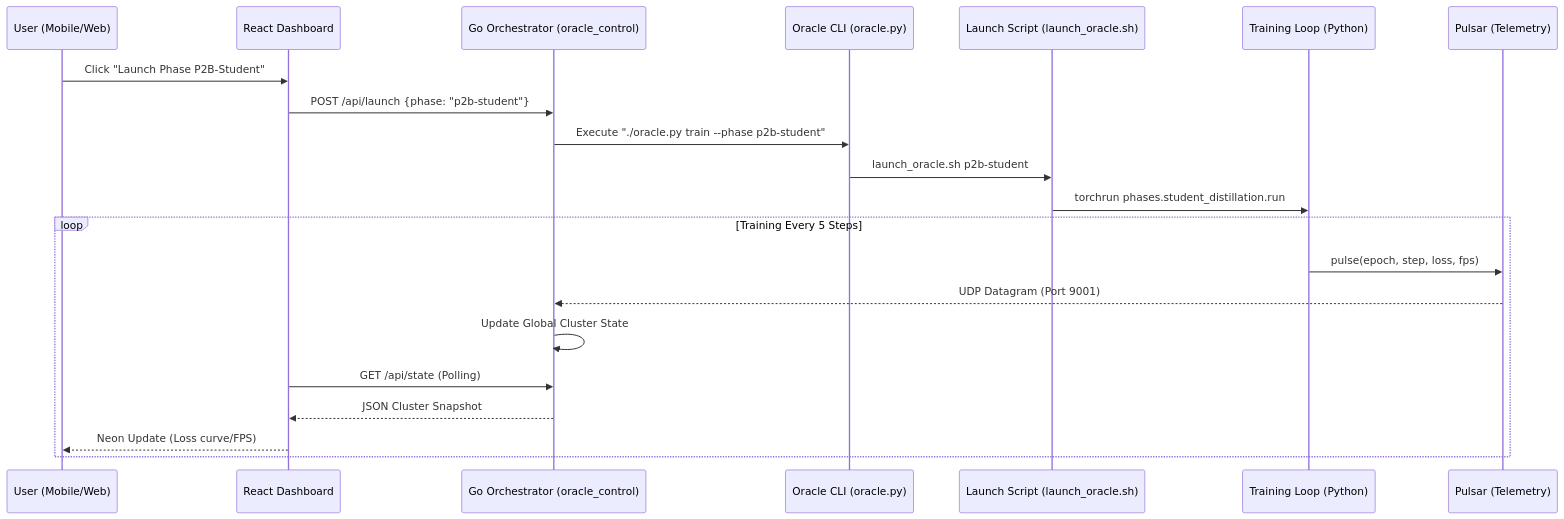
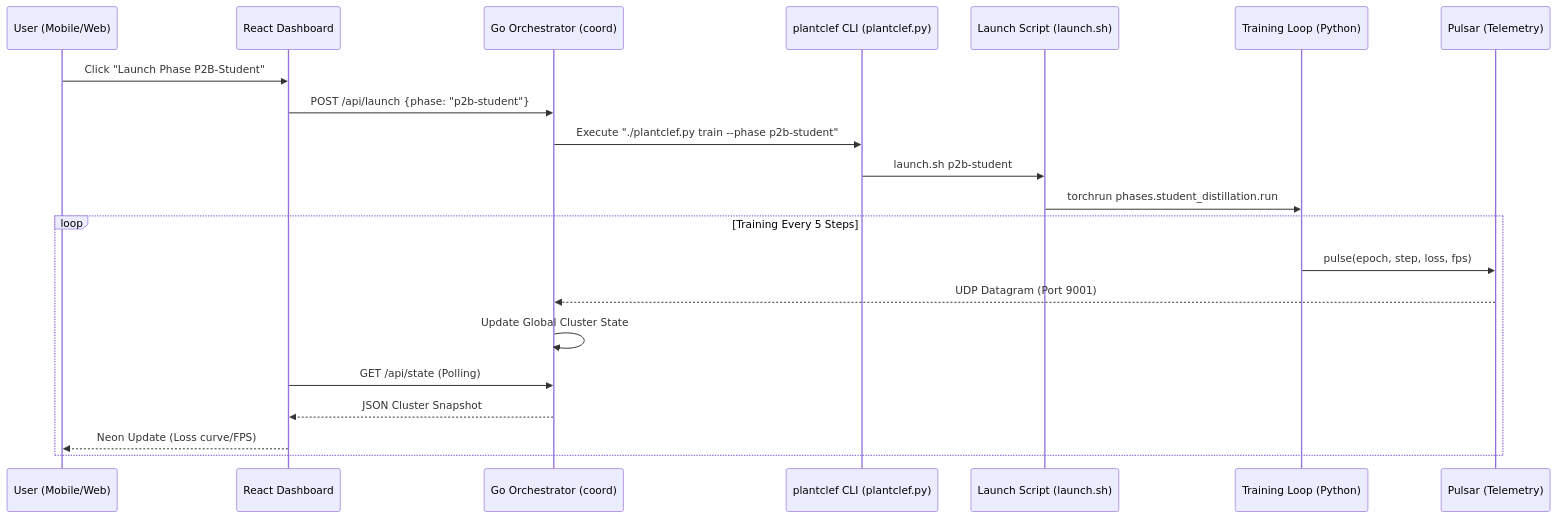
The second of 2 diagrams in docs/ARCHITECTURE_UML.md (razeenwasif/plantclef), drawn with Mermaid before and after one commit. The commit also changed other lines of this file and 938 other files, not shown here.

````diff
--- a/docs/ARCHITECTURE_UML.md
+++ b/docs/ARCHITECTURE_UML.md
@@ -91,24 +91,24 @@
 ```mermaid
 sequenceDiagram
     participant U as User (Mobile/Web)
     participant D as React Dashboard
-    participant G as Go Orchestrator (oracle_control)
-    participant C as Oracle CLI (oracle.py)
-    participant L as Launch Script (launch_oracle.sh)
+    participant G as Go Orchestrator (coord)
+    participant C as plantclef CLI (plantclef.py)
+    participant L as Launch Script (launch.sh)
     participant T as Training Loop (Python)
     participant P as Pulsar (Telemetry)
 
     U->>D: Click "Launch Phase P2B-Student"
     D->>G: POST /api/launch {phase: "p2b-student"}
-    G->>C: Execute "./oracle.py train --phase p2b-student"
-    C->>L: launch_oracle.sh p2b-student
+    G->>C: Execute "./plantclef.py train --phase p2b-student"
+    C->>L: launch.sh p2b-student
     L->>T: torchrun phases.student_distillation.run
     loop Training Every 5 Steps
         T->>P: pulse(epoch, step, loss, fps)
         P-->>G: UDP Datagram (Port 9001)
         G->>G: Update Global Cluster State
         D->>G: GET /api/state (Polling)
         G-->>D: JSON Cluster Snapshot
         D-->>U: Neon Update (Loss curve/FPS)
     end
 ```
````
